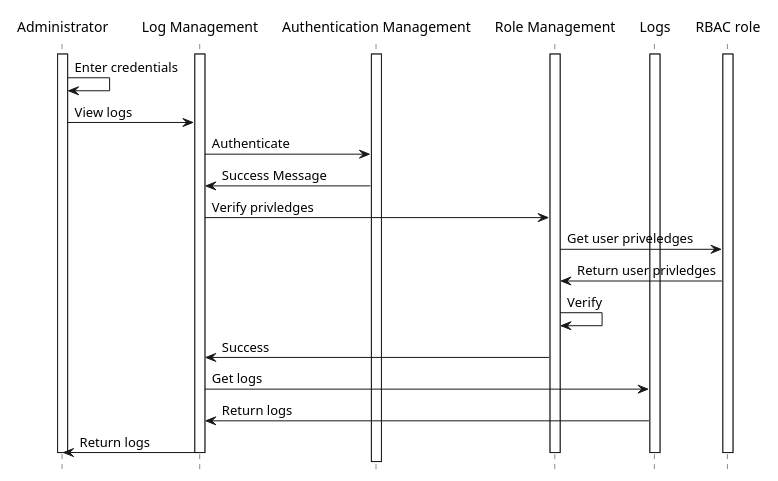
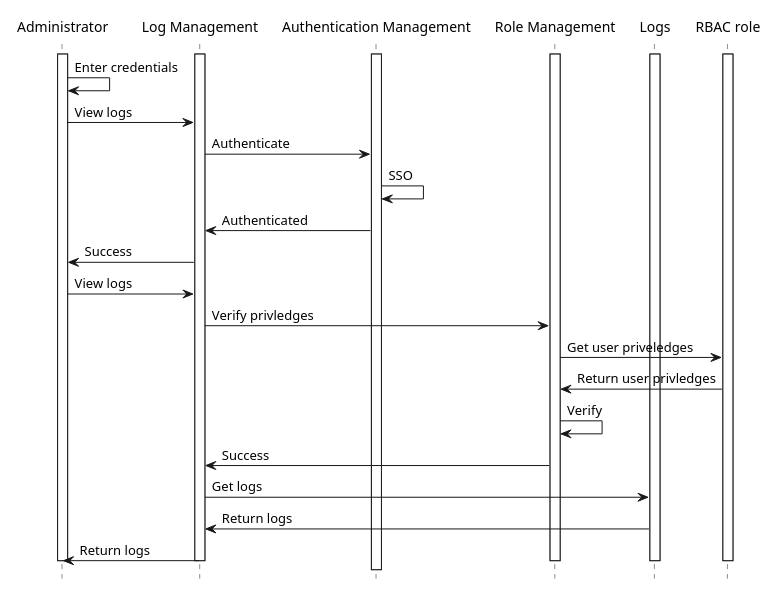
The diagram in seq-diag/BE5.puml (kailashsrirang/3a04-deliverable3), drawn with PlantUML before and after one commit. The commit also changed 2 other files, not shown here.

Commit message:
revised sequence diagrams

```diff
--- a/seq-diag/BE5.puml
+++ b/seq-diag/BE5.puml
@@ -2,48 +2,51 @@
 @startuml
 
 hide footbox
 
 skinparam ParticipantBorderColor transparent
 skinparam ParticipantBackgroundColor transparent
 skinparam ActorBorderColor transparent
 skinparam ActorBackgroundColor transparent
 
 participant "Administrator" as A
 participant "Log Management" as LM
 participant "Authentication Management" as AM
 participant "Role Management" as RM
 participant "Logs" as DB
 participant "RBAC role" as RBAC
 
 
 activate A
 activate RM
 activate AM
 activate RBAC
 activate DB
 activate LM
 
 A -> A : Enter credentials
 A -> LM : View logs
 LM -> AM : Authenticate
-AM -> LM : Success Message
+AM -> AM : SSO
+AM -> LM : Authenticated
+LM -> A : Success
+A -> LM : View logs
 LM -> RM : Verify privledges
 RM -> RBAC : Get user priveledges
 RBAC -> RM : Return user privledges
 RM -> RM : Verify
 RM -> LM : Success
 LM -> DB : Get logs
 DB -> LM : Return logs
 LM -> A : Return logs
 
 deactivate A
 deactivate RM
 deactivate RBAC
 deactivate DB
 deactivate LM
 
 
 
 
 
 @enduml
```
